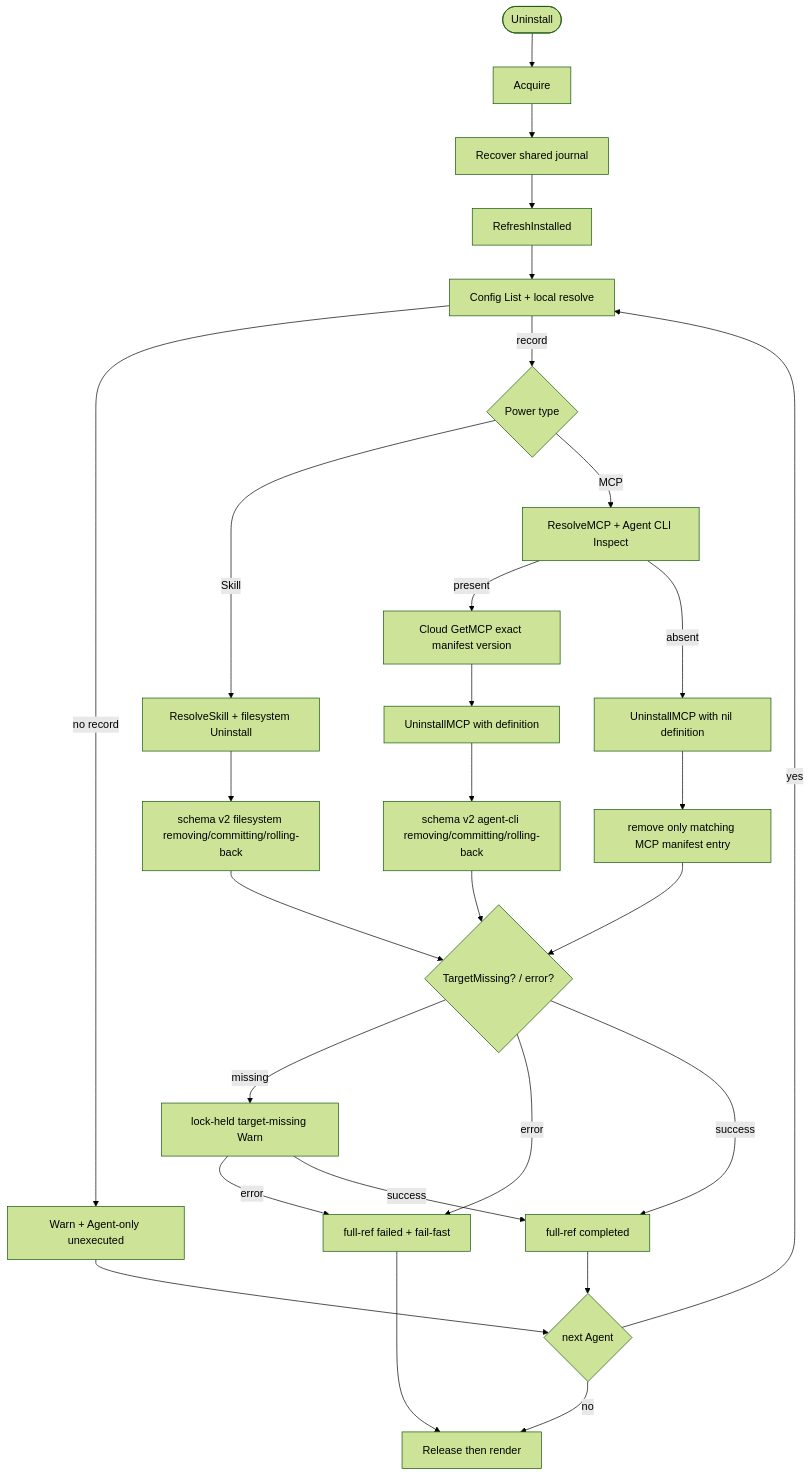
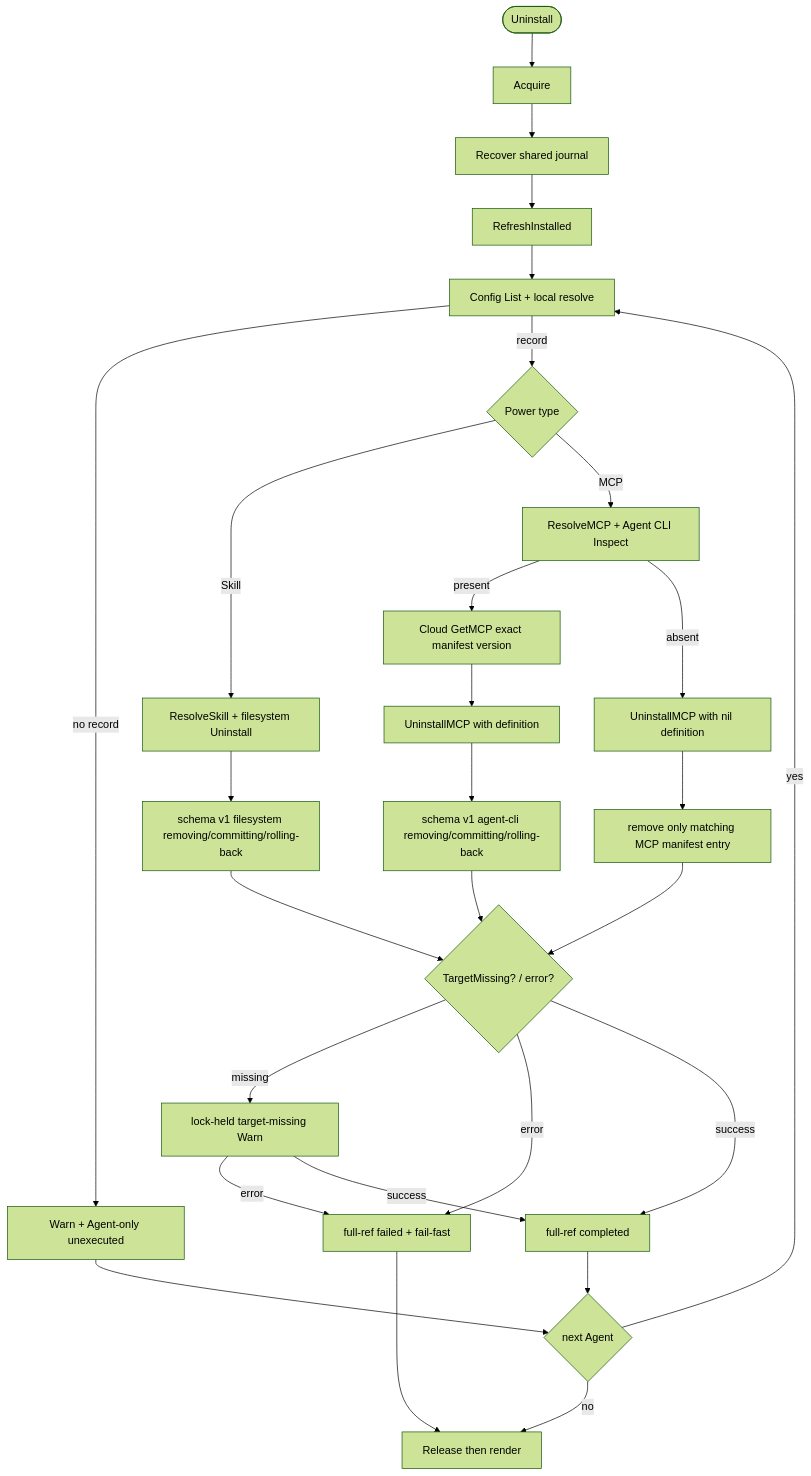
The diagram in ivory-tower/c4/components/apm-cli-lifecycle-diagrams/uninstall.mmd (spacemit-com/agent-power-manager), drawn with Mermaid (forest theme) before and after one commit. The commit also changed 11 other files, not shown here.

Commit message:
docs(transaction): record single journal schema

```diff
--- a/ivory-tower/c4/components/apm-cli-lifecycle-diagrams/uninstall.mmd
+++ b/ivory-tower/c4/components/apm-cli-lifecycle-diagrams/uninstall.mmd
@@ -1,28 +1,28 @@
 flowchart TD
     Start([Uninstall]) --> Lock[Acquire]
     Lock --> Recover[Recover shared journal]
     Recover --> Refresh[RefreshInstalled]
     Refresh --> Manifest[Config List + local resolve]
     Manifest -->|no record| WarnNone[Warn + Agent-only unexecuted]
     Manifest -->|record| Type{Power type}
     Type -->|Skill| Skill[ResolveSkill + filesystem Uninstall]
-    Skill --> FSJournal[schema v2 filesystem removing/committing/rolling-back]
+    Skill --> FSJournal[schema v1 filesystem removing/committing/rolling-back]
     Type -->|MCP| MCP[ResolveMCP + Agent CLI Inspect]
     MCP -->|present| Def[Cloud GetMCP exact manifest version]
     Def --> MCPTx[UninstallMCP with definition]
     MCP -->|absent| MCPStale[UninstallMCP with nil definition]
-    MCPTx --> CLIJournal[schema v2 agent-cli removing/committing/rolling-back]
+    MCPTx --> CLIJournal[schema v1 agent-cli removing/committing/rolling-back]
     MCPStale --> Missing[remove only matching MCP manifest entry]
     FSJournal --> Result{TargetMissing? / error?}
     CLIJournal --> Result
     Missing --> Result
     Result -->|missing| WarnMissing[lock-held target-missing Warn]
     Result -->|error| Fail[full-ref failed + fail-fast]
     Result -->|success| Done[full-ref completed]
     WarnMissing -->|error| Fail
     WarnMissing -->|success| Done
     WarnNone --> Next{next Agent}
     Done --> Next
     Next -->|yes| Manifest
     Next -->|no| Release[Release then render]
     Fail --> Release
```
